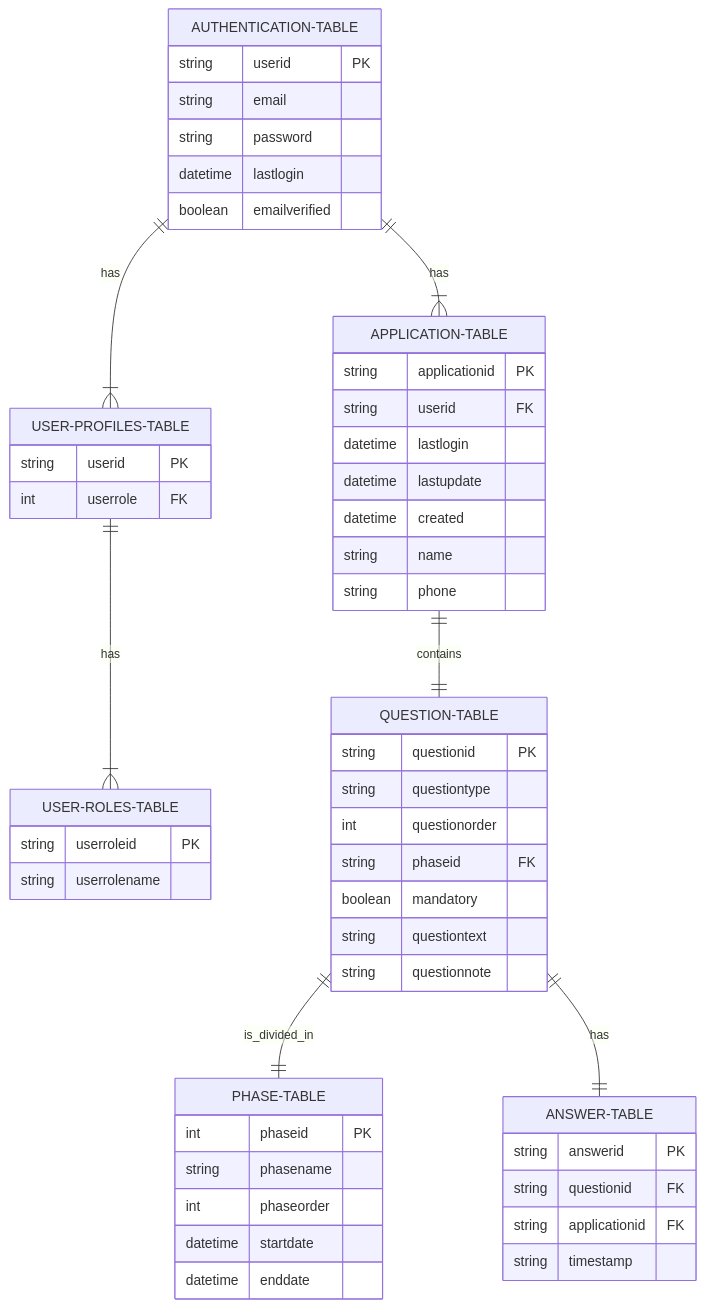
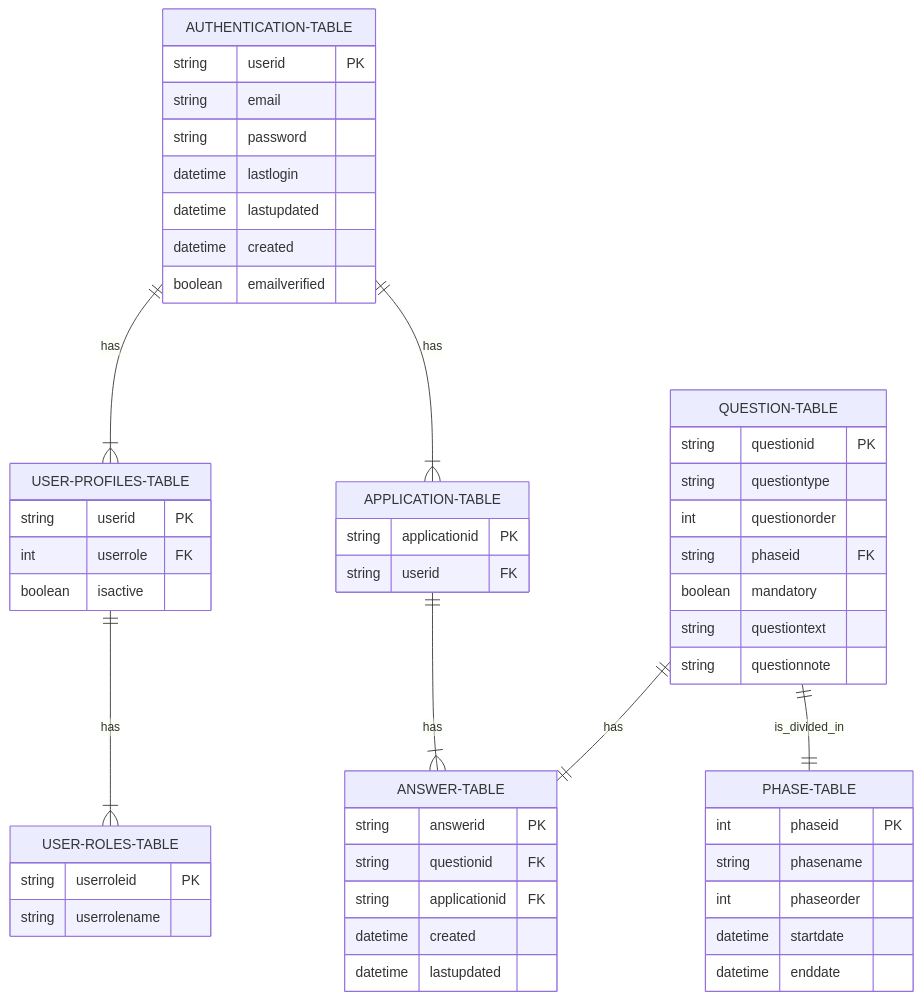
The first of 3 diagrams in backend/README.md (Interperle/application-platform), drawn with Mermaid before and after one commit. The commit also changed 7 other files, not shown here.

Commit message:
fixed mermaid and fixed yapf

````diff
--- a/backend/README.md
+++ b/backend/README.md
@@ -6,63 +6,62 @@
 ```mermaid
 erDiagram
     AUTHENTICATION-TABLE ||--|{ APPLICATION-TABLE : has
     AUTHENTICATION-TABLE ||--|{ USER-PROFILES-TABLE : has
     USER-PROFILES-TABLE ||--|{ USER-ROLES-TABLE : has
-    APPLICATION-TABLE ||--|| QUESTION-TABLE : contains
+    APPLICATION-TABLE ||--|{ ANSWER-TABLE : has
     QUESTION-TABLE ||--|| PHASE-TABLE : is_divided_in
     QUESTION-TABLE ||--|| ANSWER-TABLE : has
 
     %% default Supabase Authentication Table
     AUTHENTICATION-TABLE {
         string userid PK
         string email
         string password
         datetime lastlogin
+        datetime lastupdated
+        datetime created
         boolean emailverified
     }
     
     USER-PROFILES-TABLE {
         string userid PK
         int userrole FK
+        boolean isactive
     }
 
     USER-ROLES-TABLE {
         string userroleid PK
         string userrolename
     }
 
     APPLICATION-TABLE {
         string applicationid PK
         string userid FK
-        datetime lastlogin
-        datetime lastupdate
-        datetime created
-        string name
-        string phone
     }
 
     PHASE-TABLE {
         int phaseid PK
         string phasename
         int phaseorder
         datetime startdate
         datetime enddate
     }
 
     QUESTION-TABLE {
         string questionid PK
         string questiontype
         int questionorder
         string phaseid FK
         boolean mandatory
         string questiontext
         string questionnote
     }
 
     ANSWER-TABLE {
         string answerid PK
         string questionid FK
         string applicationid FK
-        string timestamp
+        datetime created
+        datetime lastupdated
     }
 ```
````
